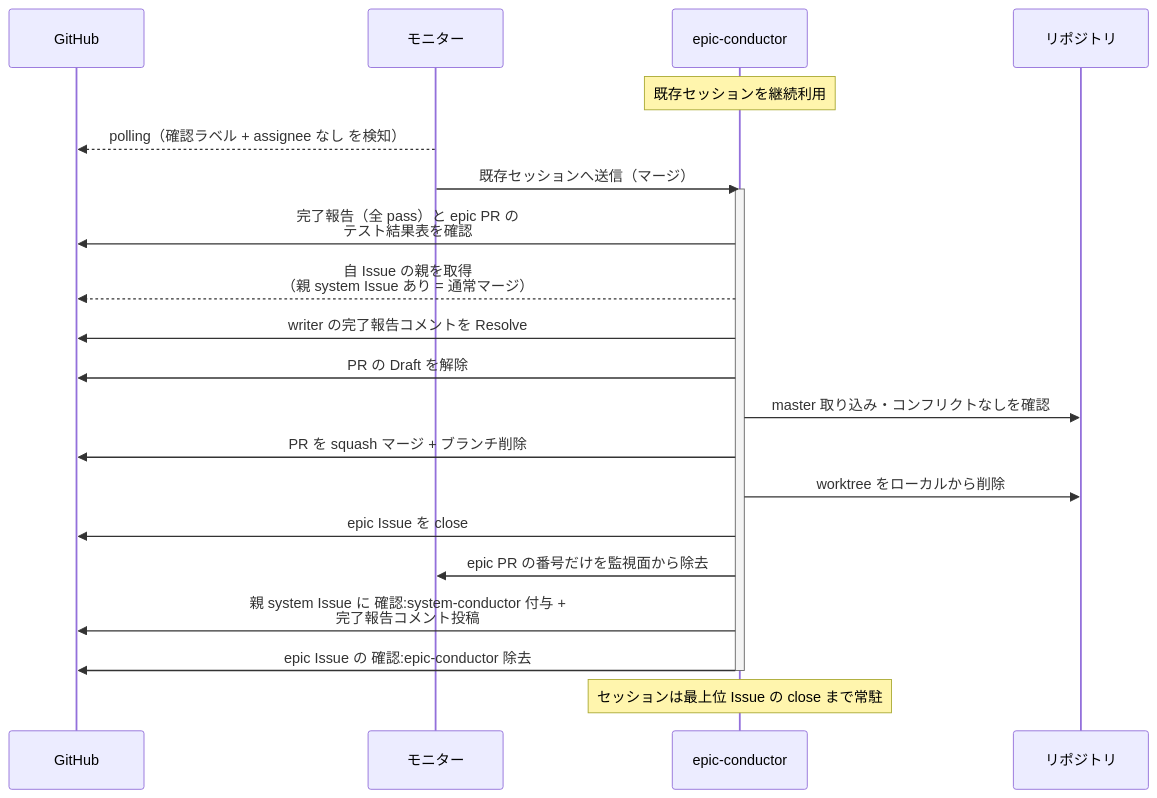
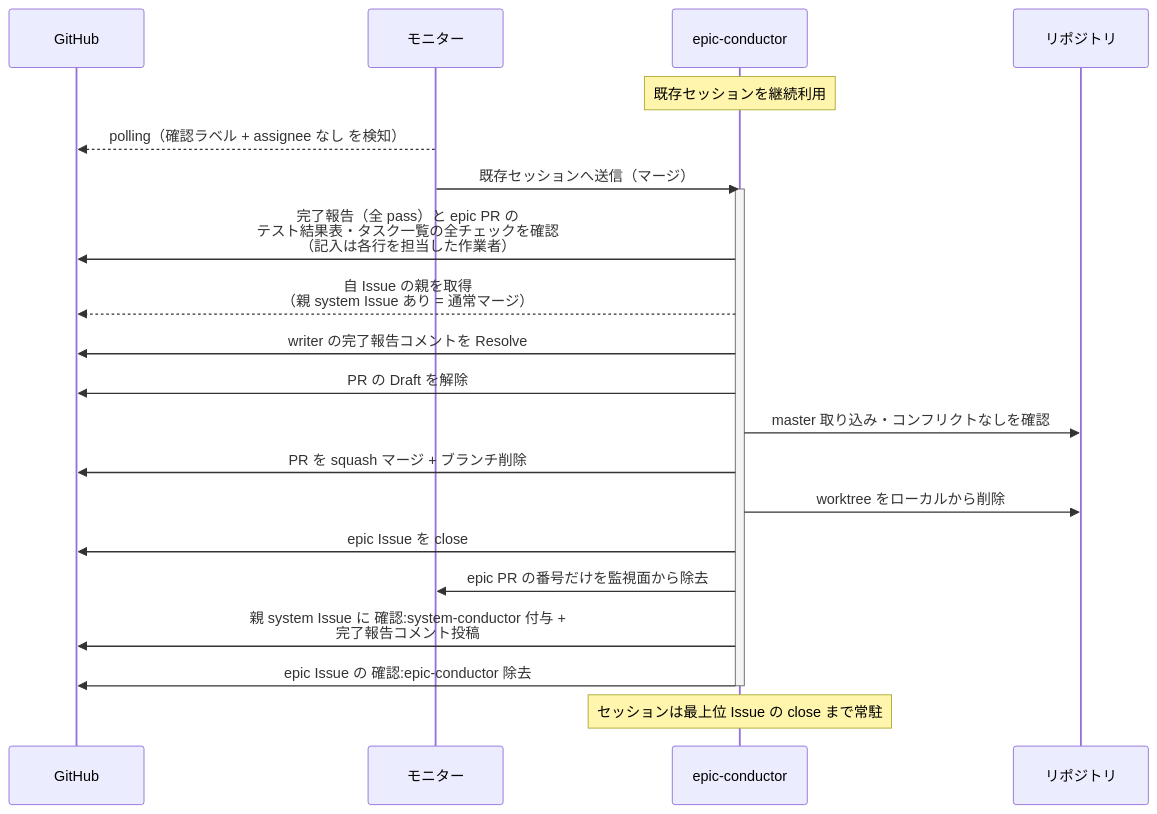
Before and after one commit to shuhei1101/ai-monitor: the fourth of 6 diagrams in docs/wiki/設計図/シナリオ/単一ユースケース/マージ.md, drawn with Mermaid. The commit also changed other lines of this file and 77 other files, not shown here.

````diff
--- a/docs/wiki/設計図/シナリオ/単一ユースケース/マージ.md
+++ b/docs/wiki/設計図/シナリオ/単一ユースケース/マージ.md
@@ -174,25 +177,25 @@
 ```mermaid
 sequenceDiagram
   participant GH as GitHub
   participant ORC as モニター
   participant MON as epic-conductor
   participant REPO as リポジトリ
 
   Note over MON: 既存セッションを継続利用
   ORC-->>GH: polling（確認ラベル + assignee なし を検知）
   ORC->>MON: 既存セッションへ送信（マージ）
   activate MON
-  MON->>GH: 完了報告（全 pass）と epic PR の<br>テスト結果表を確認
+  MON->>GH: 完了報告（全 pass）と epic PR の<br>テスト結果表・タスク一覧の全チェックを確認<br>（記入は各行を担当した作業者）
   MON-->>GH: 自 Issue の親を取得<br>（親 system Issue あり = 通常マージ）
   MON->>GH: writer の完了報告コメントを Resolve
   MON->>GH: PR の Draft を解除
   MON->>REPO: master 取り込み・コンフリクトなしを確認
   MON->>GH: PR を squash マージ + ブランチ削除
   MON->>REPO: worktree をローカルから削除
   MON->>GH: epic Issue を close
   MON->>ORC: epic PR の番号だけを監視面から除去
   MON->>GH: 親 system Issue に 確認:system-conductor 付与 +<br>完了報告コメント投稿
   MON->>GH: epic Issue の 確認:epic-conductor 除去
   deactivate MON
   Note over MON: セッションは最上位 Issue の close まで常駐
 ```
````
